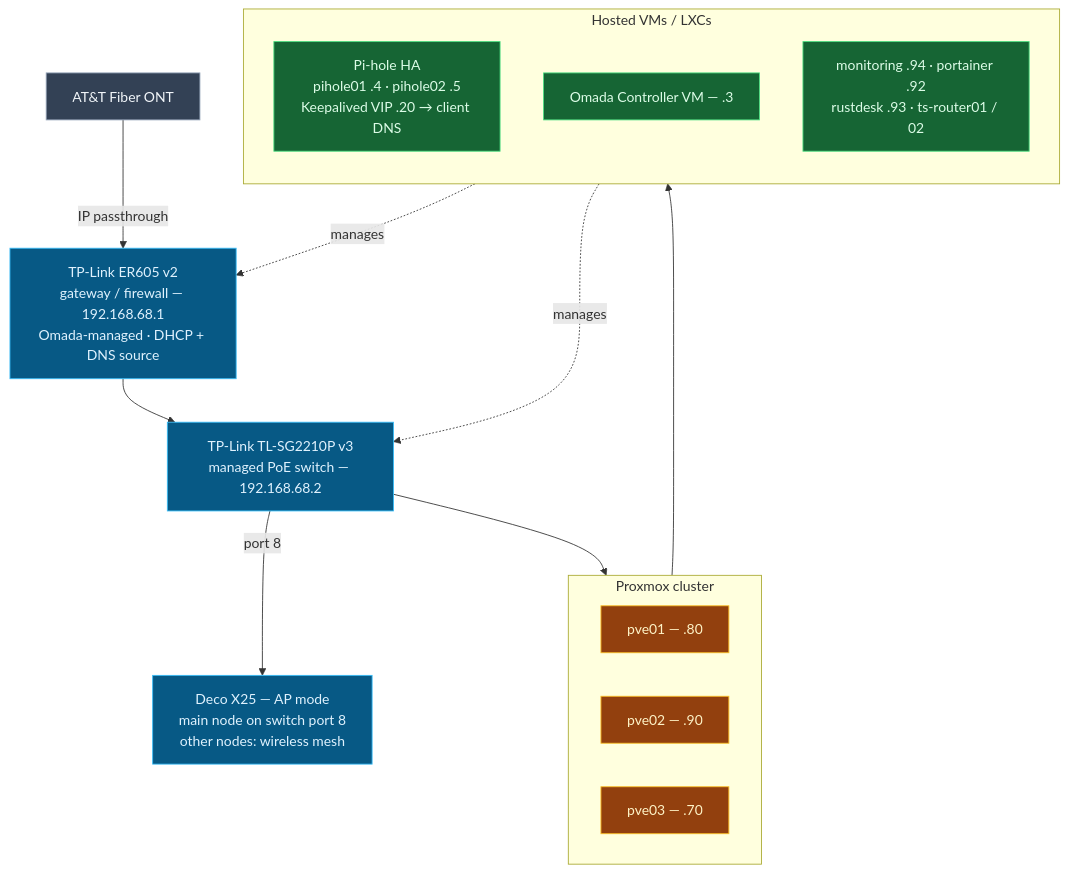
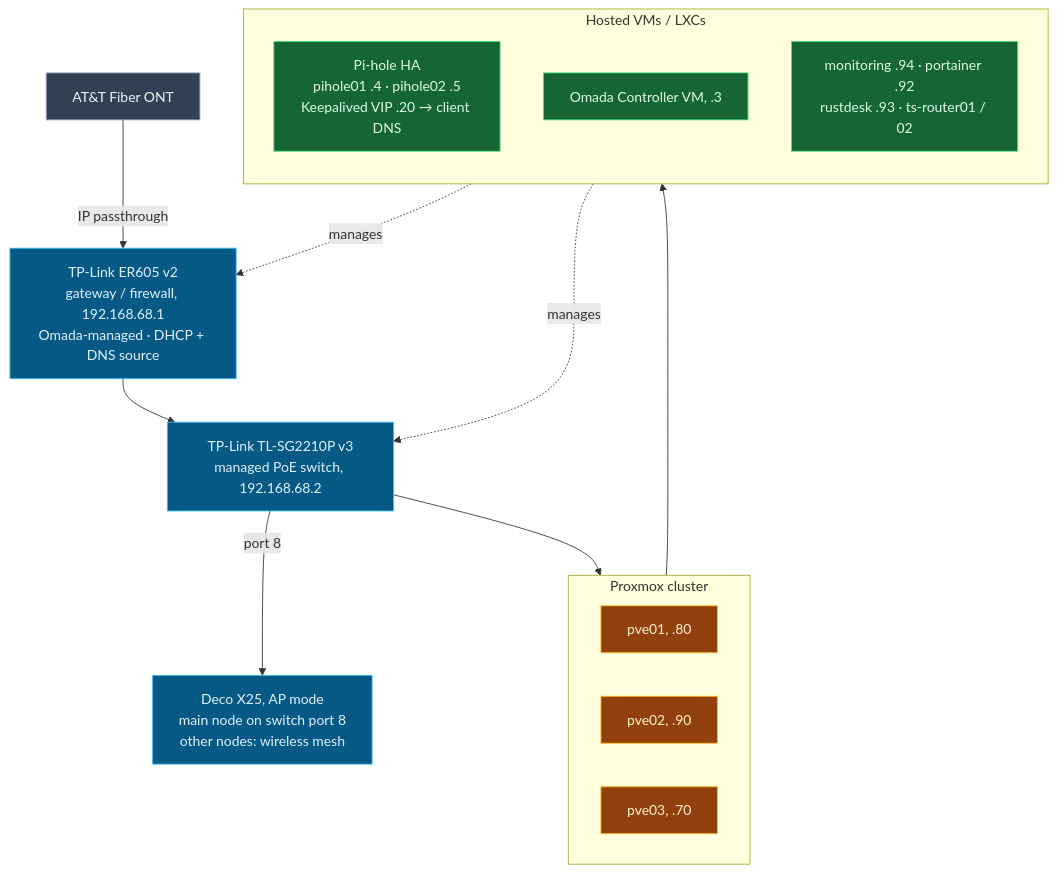
The diagram in diagrams/current-topology.md (stayZ3RO/home-network-managed-infrastructure-lab), drawn with Mermaid before and after one commit. The commit also changed other lines of this file and 15 other files, not shown here.

First line of the commit message:
Remove em dashes from docs and diagrams (#6)

````diff
--- a/diagrams/current-topology.md
+++ b/diagrams/current-topology.md
@@ -7,39 +7,39 @@
 ```mermaid
 flowchart TD
     ONT["AT&T Fiber ONT"]
-    ER["TP-Link ER605 v2<br/>gateway / firewall — 192.168.68.1<br/>Omada-managed · DHCP + DNS source"]
-    SW["TP-Link TL-SG2210P v3<br/>managed PoE switch — 192.168.68.2"]
-    DECO["Deco X25 — AP mode<br/>main node on switch port 8<br/>other nodes: wireless mesh"]
+    ER["TP-Link ER605 v2<br/>gateway / firewall, 192.168.68.1<br/>Omada-managed · DHCP + DNS source"]
+    SW["TP-Link TL-SG2210P v3<br/>managed PoE switch, 192.168.68.2"]
+    DECO["Deco X25, AP mode<br/>main node on switch port 8<br/>other nodes: wireless mesh"]
 
     ONT -->|IP passthrough| ER
     ER --> SW
     SW -->|port 8| DECO
 
     subgraph CLUSTER["Proxmox cluster"]
         direction LR
-        P1["pve01 — .80"]
-        P2["pve02 — .90"]
-        P3["pve03 — .70"]
+        P1["pve01, .80"]
+        P2["pve02, .90"]
+        P3["pve03, .70"]
     end
     SW --> CLUSTER
 
     subgraph SERVICES["Hosted VMs / LXCs"]
         direction TB
         PH["Pi-hole HA<br/>pihole01 .4 · pihole02 .5<br/>Keepalived VIP .20 → client DNS"]
-        OC["Omada Controller VM — .3"]
+        OC["Omada Controller VM, .3"]
         MON["monitoring .94 · portainer .92<br/>rustdesk .93 · ts-router01 / 02"]
     end
     CLUSTER --> SERVICES
 
     OC -.->|manages| ER
     OC -.->|manages| SW
 
     classDef ext fill:#334155,stroke:#94a3b8,color:#f1f5f9
     classDef net fill:#075985,stroke:#38bdf8,color:#e0f2fe
     classDef host fill:#92400e,stroke:#fbbf24,color:#fef3c7
     classDef svc fill:#166534,stroke:#4ade80,color:#dcfce7
     class ONT ext
     class ER,SW,DECO net
     class P1,P2,P3 host
     class PH,OC,MON svc
 ```
````
